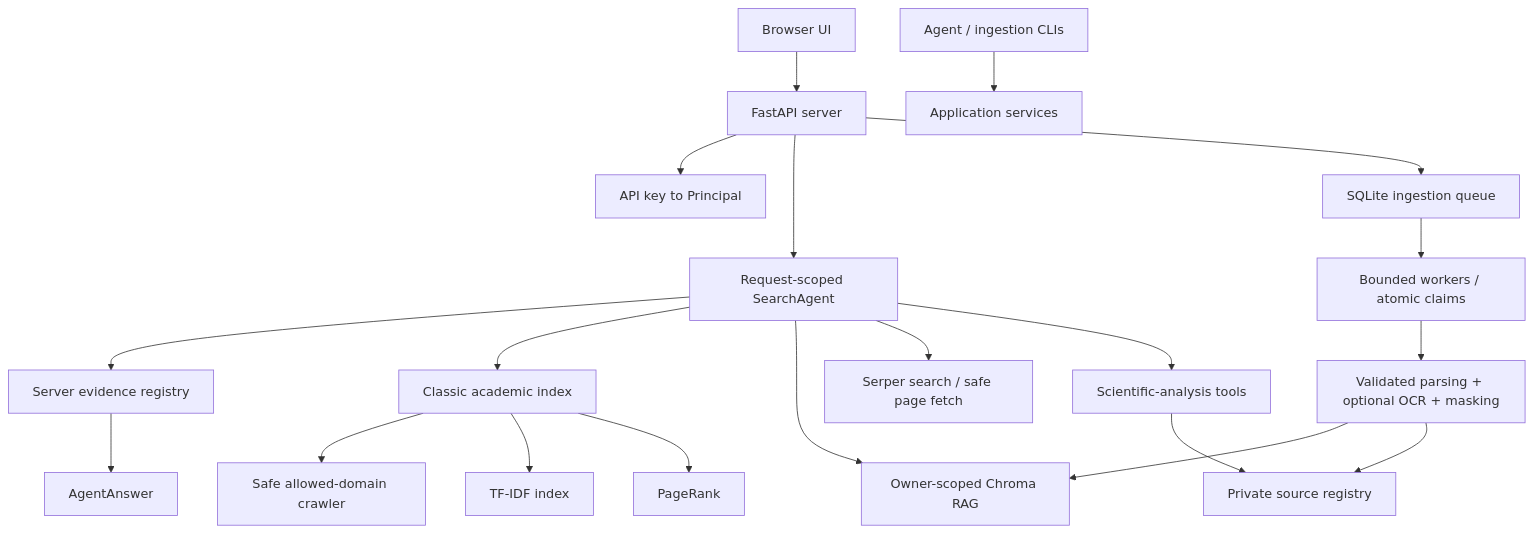
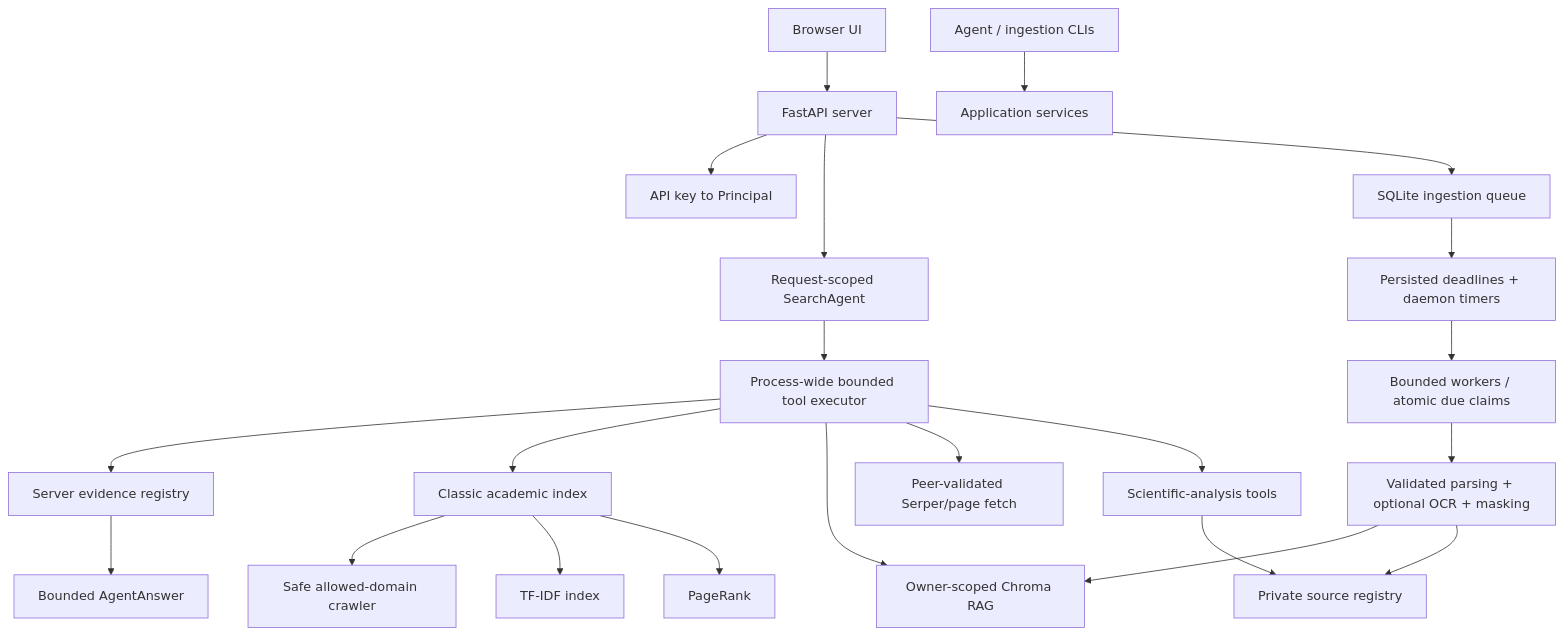
The diagram in docs/GOALS_AND_ARCHITECTURE.md (Anurag9000/RigorousRAG), drawn with Mermaid before and after one commit. The commit also changed other lines of this file, not shown here.

Commit message:
Align architecture with source identities scheduling and bounded tools

````diff
--- a/docs/GOALS_AND_ARCHITECTURE.md
+++ b/docs/GOALS_AND_ARCHITECTURE.md
@@ -119,22 +134,24 @@
 ```mermaid
 graph TD
     UI[Browser UI] --> API[FastAPI server]
     CLI[Agent / ingestion CLIs] --> Services[Application services]
     API --> Identity[API key to Principal]
     API --> Agent[Request-scoped SearchAgent]
     API --> Queue[SQLite ingestion queue]
-    Queue --> Workers[Bounded workers / atomic claims]
+    Queue --> Scheduler[Persisted deadlines + daemon timers]
+    Scheduler --> Workers[Bounded workers / atomic due claims]
     Workers --> Parser[Validated parsing + optional OCR + masking]
     Parser --> Vector[Owner-scoped Chroma RAG]
     Parser --> Registry[Private source registry]
-    Agent --> Evidence[Server evidence registry]
-    Agent --> Classic[Classic academic index]
-    Agent --> Vector
-    Agent --> Web[Serper search / safe page fetch]
-    Agent --> Integrity[Scientific-analysis tools]
+    Agent --> ToolPool[Process-wide bounded tool executor]
+    ToolPool --> Evidence[Server evidence registry]
+    ToolPool --> Classic[Classic academic index]
+    ToolPool --> Vector
+    ToolPool --> Web[Peer-validated Serper/page fetch]
+    ToolPool --> Integrity[Scientific-analysis tools]
     Integrity --> Registry
     Classic --> Crawler[Safe allowed-domain crawler]
     Classic --> Sparse[TF-IDF index]
     Classic --> Rank[PageRank]
-    Evidence --> Response[AgentAnswer]
+    Evidence --> Response[Bounded AgentAnswer]
 ```
````
